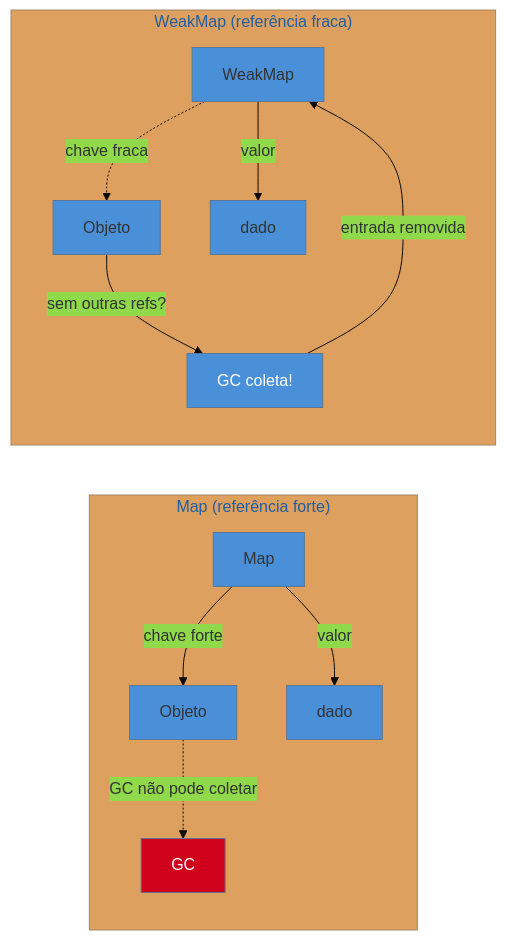
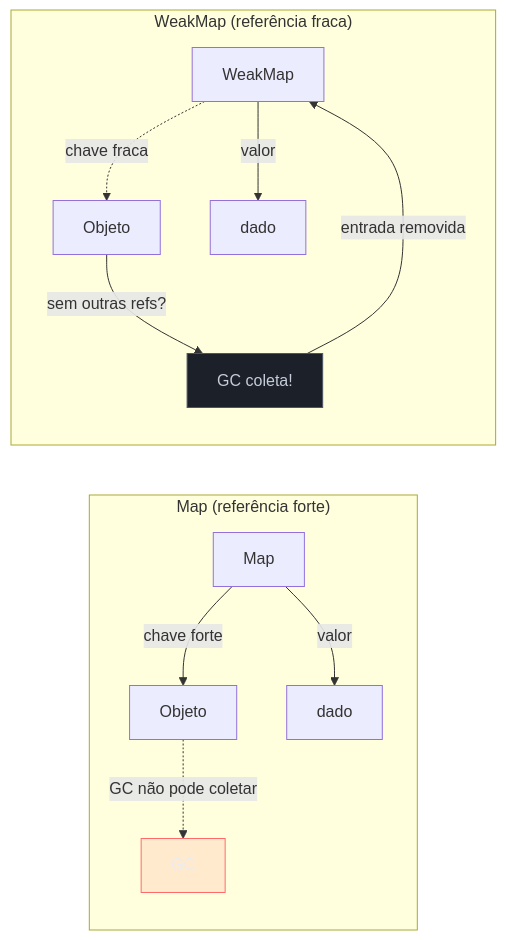
One commit to josenaldo/codex-technomanticus changed the second of 2 diagrams in 03-Dominios/Tecnologia/JavaScript/12 - Map, Set, WeakMap, WeakSet.md. Above: the diagram before and after it, drawn with Mermaid. The commit also changed other lines of this file and 1181 other files, not shown here.

First line of the commit message:
fix(diagramas): paleta do sistema no lugar de cor cravada no markdown

````diff
--- a/03-Dominios/Tecnologia/JavaScript/12 - Map, Set, WeakMap, WeakSet.md
+++ b/03-Dominios/Tecnologia/JavaScript/12 - Map, Set, WeakMap, WeakSet.md
@@ -235,19 +236,20 @@
 ```mermaid
-%%{init: {"theme": "base", "themeVariables": {"primaryColor": "#4A90D9"}}}%%
 graph LR
+    classDef falha fill:#FF6B6B24,stroke:#FF6B6B,color:#E9ECF2
+    classDef neutro fill:#1B2029,stroke:#4E5666,color:#C6CCD8
     subgraph "Map (referência forte)"
         M[Map] -->|chave forte| OBJ1[Objeto]
         M -->|valor| V1[dado]
         OBJ1 -.->|GC não pode coletar| GC1[GC]
     end
 
     subgraph "WeakMap (referência fraca)"
         WM[WeakMap] -.->|chave fraca| OBJ2[Objeto]
         WM -->|valor| V2[dado]
         OBJ2 -->|sem outras refs?| GC2[GC coleta!]
         GC2 -->|entrada removida| WM
     end
 
-    style GC1 fill:#D0021B,color:#fff
-    style GC2 fill:#4A90D9,color:#fff
+    class GC1 falha
+    class GC2 neutro
 ```
````
